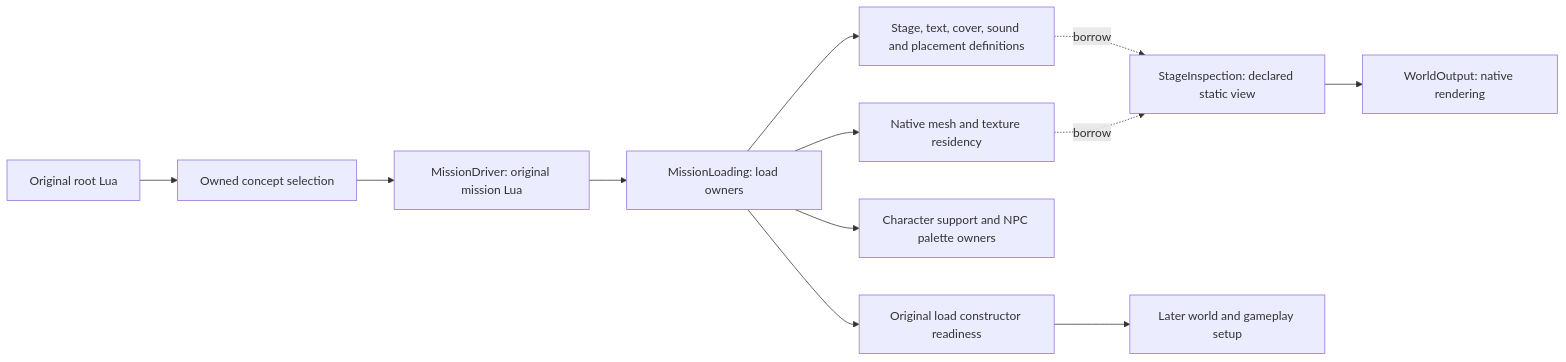
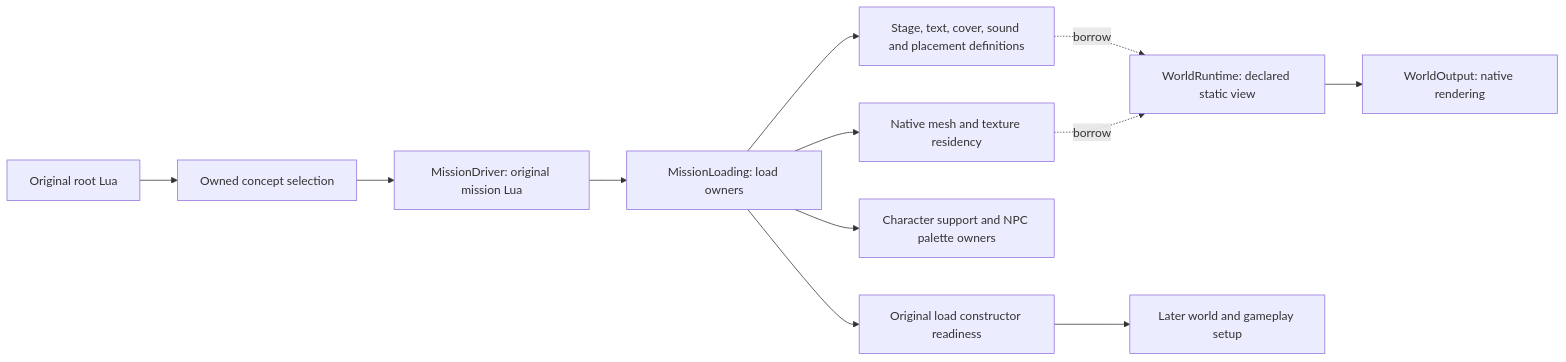
One commit to plainsight-systems/bullet-witch changed the third of 3 diagrams in docs/architecture/file-mapping.md. Above: the diagram before and after it, drawn with Mermaid. The commit also changed other lines of this file and 803 other files, not shown here.

````diff
--- a/docs/architecture/file-mapping.md
+++ b/docs/architecture/file-mapping.md
@@ -452,14 +471,14 @@
 ```mermaid
 flowchart LR
     Root[Original root Lua] --> Selection[Owned concept selection]
     Selection --> Mission[MissionDriver: original mission Lua]
     Mission --> Loads[MissionLoading: load owners]
     Loads --> Definitions[Stage, text, cover, sound and placement definitions]
     Loads --> Residency[Native mesh and texture residency]
     Loads --> Character[Character support and NPC palette owners]
-    Definitions -. borrow .-> Inspection[StageInspection: declared static view]
+    Definitions -. borrow .-> Inspection[WorldRuntime: declared static view]
     Residency -. borrow .-> Inspection
     Inspection --> Device[WorldOutput: native rendering]
     Loads --> Readiness[Original load constructor readiness]
     Readiness --> Setup[Later world and gameplay setup]
 ```
````
